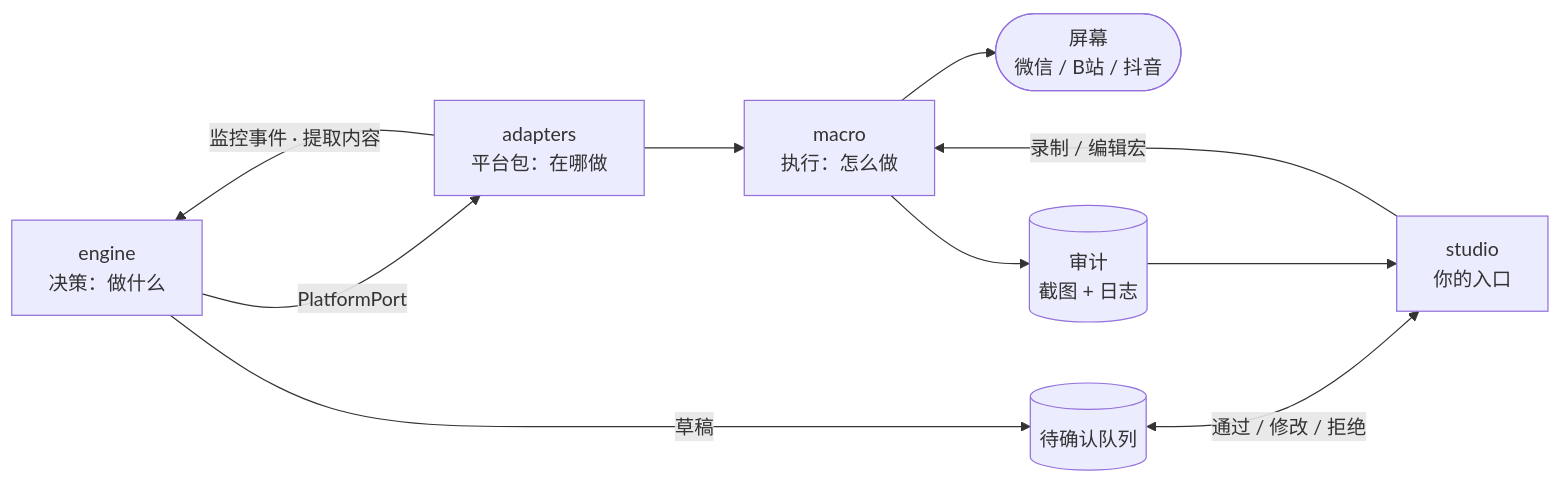
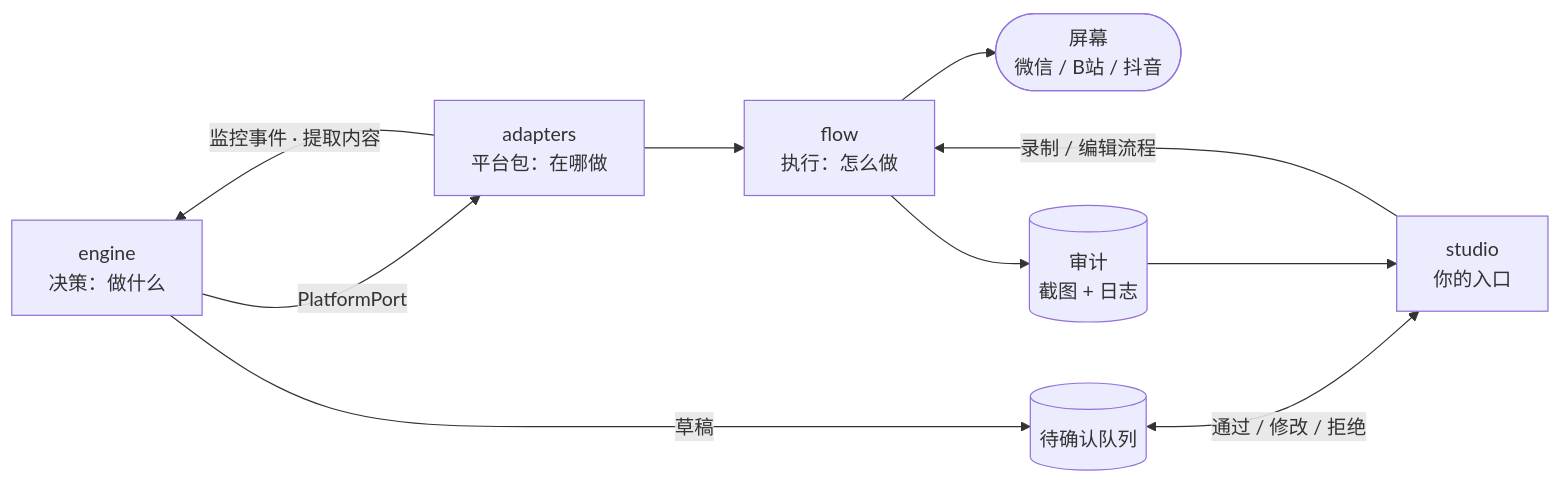
The second of 3 diagrams in README.zh-CN.md (joshua1688/cyber-worker), drawn with Mermaid before and after one commit. The commit also changed other lines of this file and 142 other files, not shown here.

First line of the commit message:
refactor: call macros 流程 / flow everywhere

````diff
--- a/README.zh-CN.md
+++ b/README.zh-CN.md
@@ -97,12 +97,12 @@
 ```mermaid
 flowchart LR
     E["engine<br/>决策：做什么"] -->|PlatformPort| A["adapters<br/>平台包：在哪做"]
-    A --> M["macro<br/>执行：怎么做"]
+    A --> M["flow<br/>执行：怎么做"]
     M --> SCR(["屏幕<br/>微信 / B站 / 抖音"])
     A -->|监控事件 · 提取内容| E
     E -->|草稿| Q[("待确认队列")]
     Q <-->|通过 / 修改 / 拒绝| S["studio<br/>你的入口"]
-    S -->|录制 / 编辑宏| M
+    S -->|录制 / 编辑流程| M
     M --> R[("审计<br/>截图 + 日志")]
     R --> S
 ```
````
